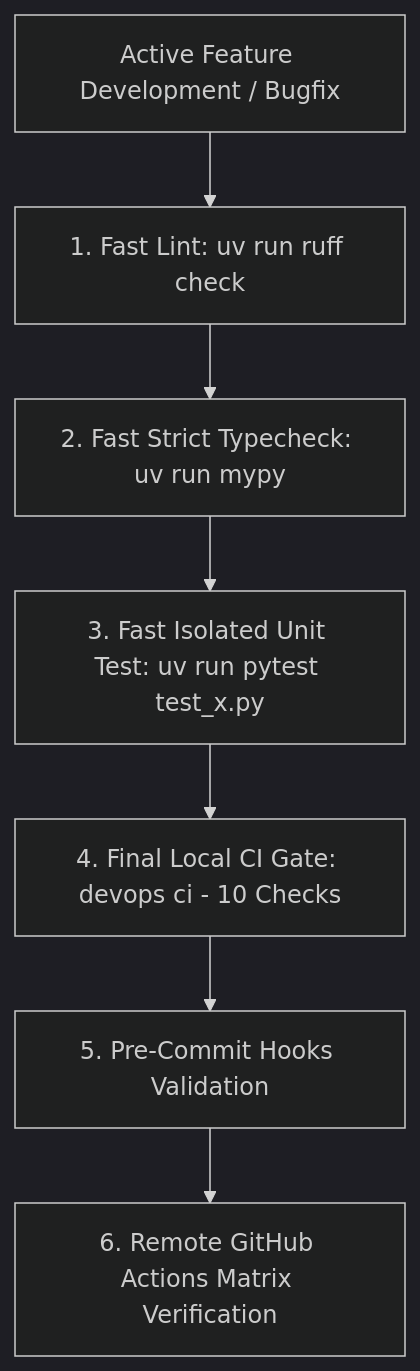
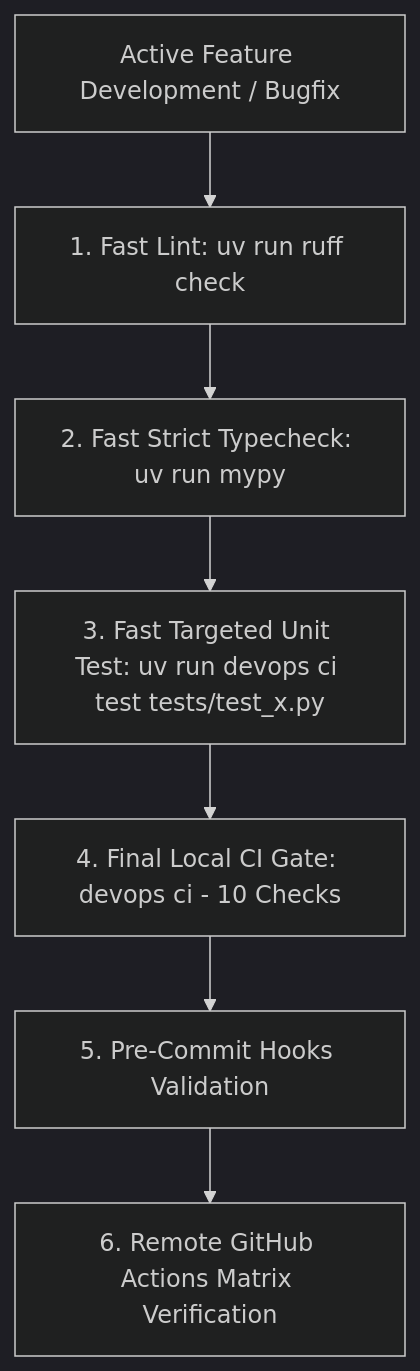
The diagram in src/devops_cli/ai/knowledge_base/it_domains/topics/continuous_integration_and_progressive_verification.md (dan-petty/devops-cli), drawn with Mermaid (dark theme) before and after one commit. The commit also changed 29 other files, not shown here.

````diff
--- a/src/devops_cli/ai/knowledge_base/it_domains/topics/continuous_integration_and_progressive_verification.md
+++ b/src/devops_cli/ai/knowledge_base/it_domains/topics/continuous_integration_and_progressive_verification.md
@@ -7,9 +7,9 @@
 ```mermaid
 graph TD
     A[Active Feature Development / Bugfix] --> B[1. Fast Lint: uv run ruff check]
     B --> C[2. Fast Strict Typecheck: uv run mypy]
-    C --> D[3. Fast Isolated Unit Test: uv run pytest test_x.py]
+    C --> D[3. Fast Targeted Unit Test: uv run devops ci test tests/test_x.py]
     D --> E[4. Final Local CI Gate: devops ci - 10 Checks]
     E --> F[5. Pre-Commit Hooks Validation]
     F --> G[6. Remote GitHub Actions Matrix Verification]
 ```
````
